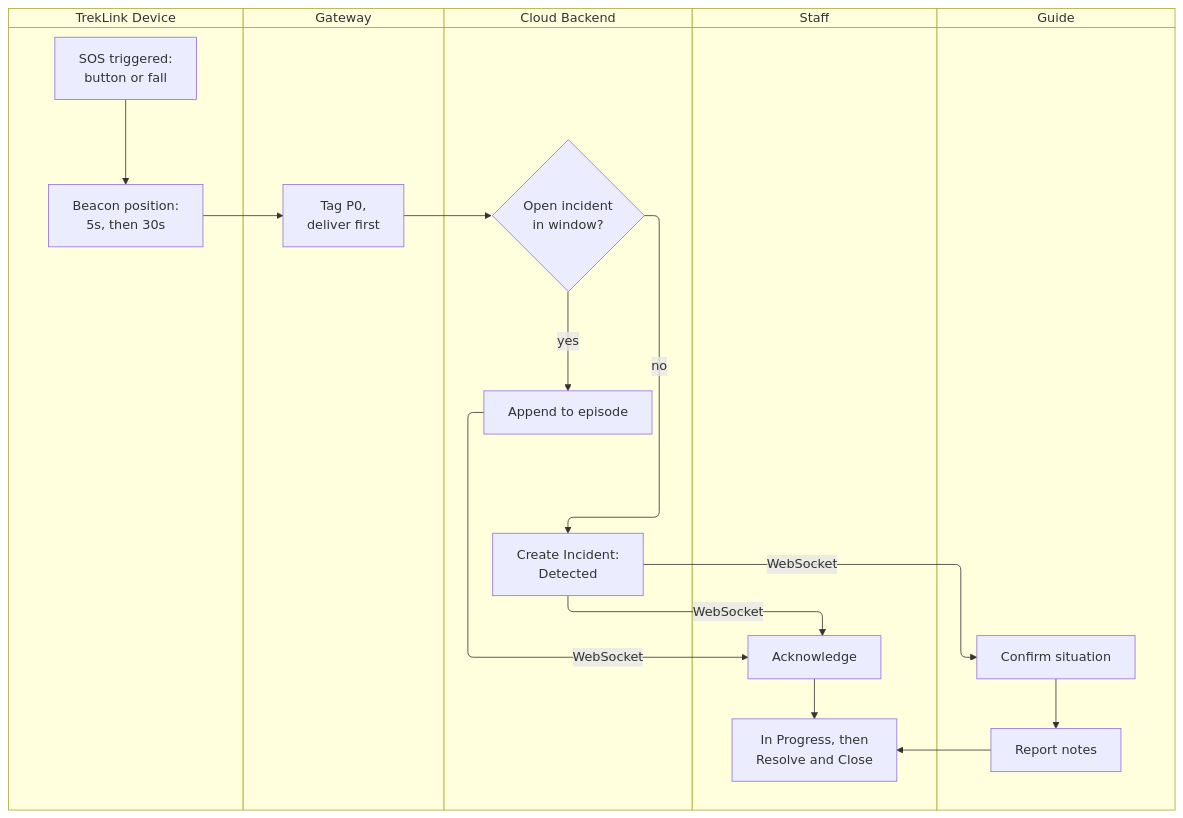
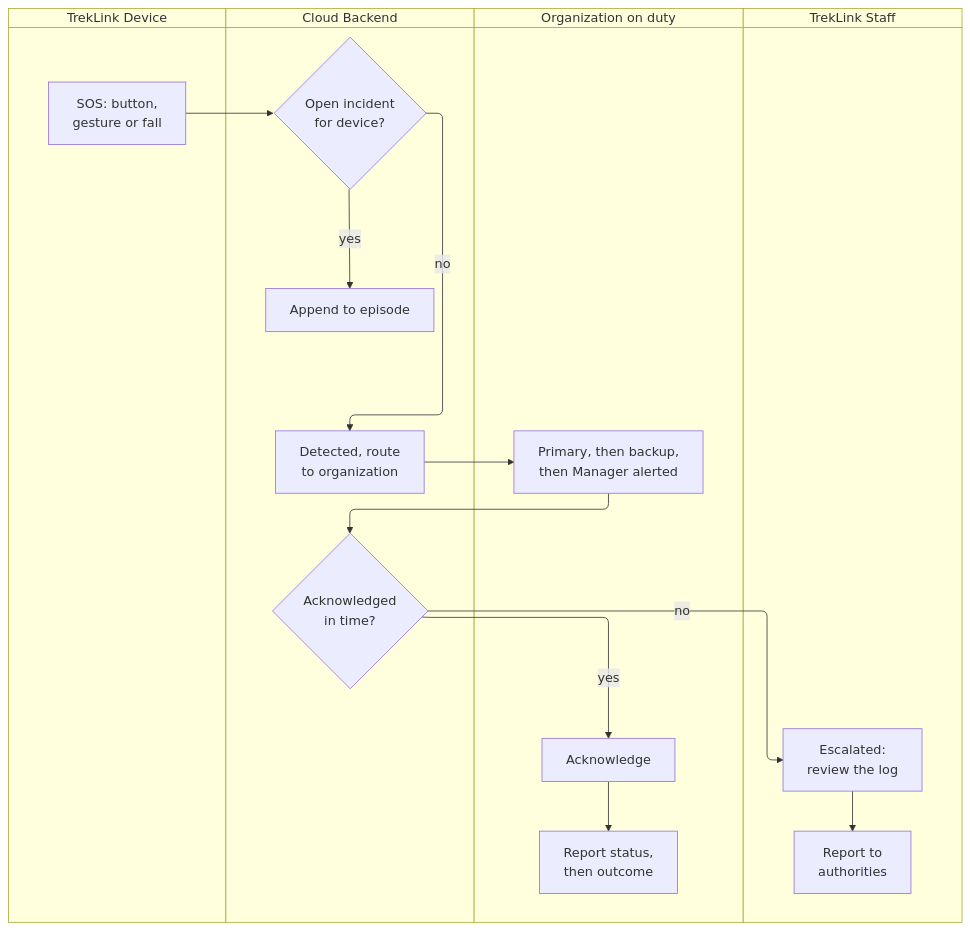
The third of 5 diagrams in _docs/00-project-context/05-main-flows.md (TrekLink-Team/treklink-docs), drawn with Mermaid before and after one commit. The commit also changed other lines of this file and 8 other files, not shown here.

````diff
--- a/_docs/00-project-context/05-main-flows.md
+++ b/_docs/00-project-context/05-main-flows.md
@@ -197,31 +201,26 @@
 ```mermaid
 swimlane-beta TB
     subgraph device["TrekLink Device"]
-        d1[SOS triggered:<br/>button or fall]
-        d2[Beacon position:<br/>5s, then 30s]
-    end
-    subgraph gateway["Gateway"]
-        w1[Tag P0,<br/>deliver first]
+        d1[SOS: button,<br/>gesture or fall]
     end
     subgraph cloud["Cloud Backend"]
-        b1{Open incident<br/>in window?}
+        b1{Open incident<br/>for device?}
         b2[Append to episode]
-        b3[Create Incident:<br/>Detected]
+        b3[Detected, route<br/>to organization]
+        b4{Acknowledged<br/>in time?}
     end
-    subgraph staff["Staff"]
-        t1[Acknowledge]
-        t2[In Progress, then<br/>Resolve and Close]
+    subgraph org["Organization on duty"]
+        o1[Primary, then backup,<br/>then Manager alerted]
+        o2[Acknowledge]
+        o3[Report status,<br/>then outcome]
     end
-    subgraph guide["Guide"]
-        g1[Confirm situation]
-        g2[Report notes]
+    subgraph staff["TrekLink Staff"]
+        t1[Escalated:<br/>review the log]
+        t2[Report to<br/>authorities]
     end
-    d1 --> d2 --> w1 --> b1
+    d1 --> b1
     b1 -->|yes| b2
-    b1 -->|no| b3
-    b2 -->|WebSocket| t1
-    b3 -->|WebSocket| t1
-    b3 -->|WebSocket| g1
-    t1 --> t2
-    g1 --> g2 --> t2
+    b1 -->|no| b3 --> o1 --> b4
+    b4 -->|yes| o2 --> o3
+    b4 -->|no| t1 --> t2
 ```
````
